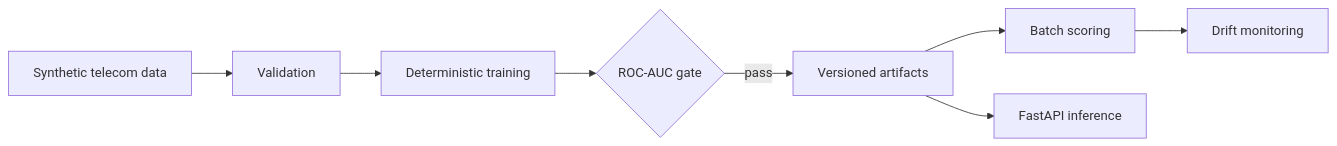
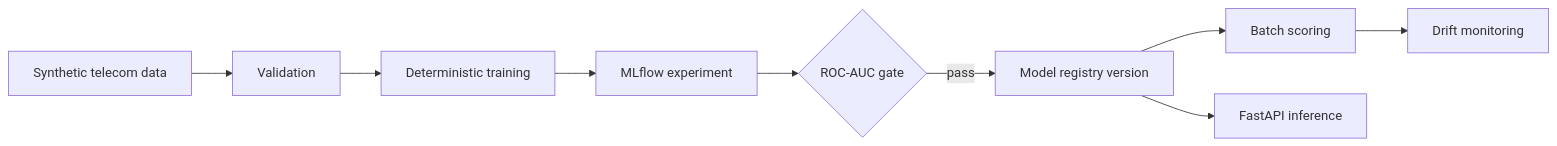
One commit to anveshsvemuri/customer-churn-mlops changed the diagram in README.md. Above: the diagram before and after it, drawn with Mermaid. The commit also changed other lines of this file and 6 other files, not shown here.

````diff
--- a/README.md
+++ b/README.md
@@ -9,10 +9,11 @@
 ```mermaid
 flowchart LR
     A[Synthetic telecom data] --> B[Validation]
     B --> C[Deterministic training]
-    C --> D{ROC-AUC gate}
-    D -->|pass| E[Versioned artifacts]
-    E --> F[Batch scoring]
-    E --> G[FastAPI inference]
-    F --> H[Drift monitoring]
+    C --> D[MLflow experiment]
+    D --> E{ROC-AUC gate}
+    E -->|pass| F[Model registry version]
+    F --> G[Batch scoring]
+    F --> H[FastAPI inference]
+    G --> I[Drift monitoring]
 ```
````
